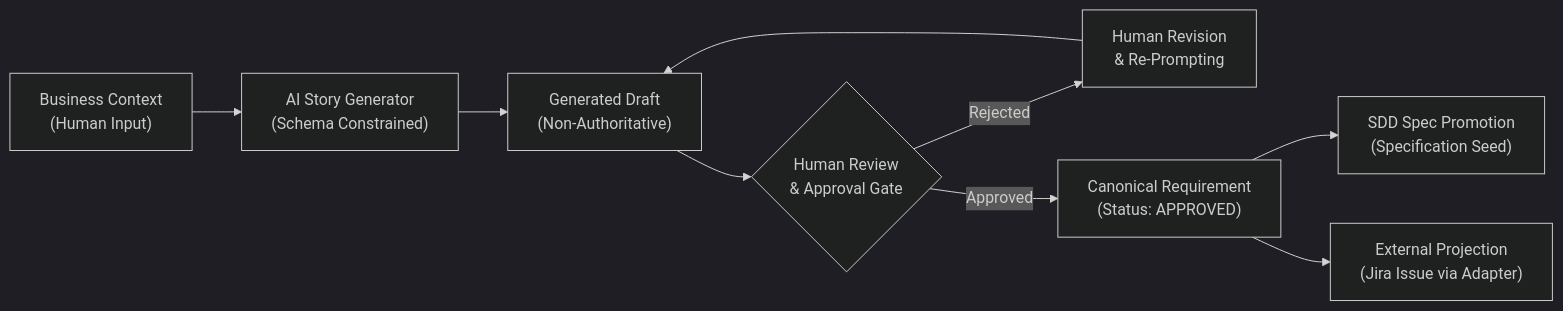
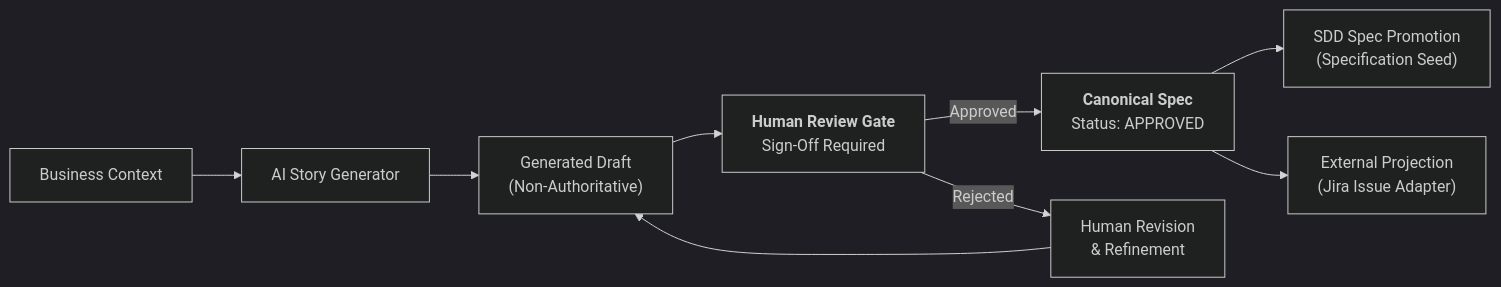
Before and after one commit to firmsoil/gain: the second of 3 diagrams in gainPresentation.qmd, drawn with Mermaid (dark theme). The commit also changed other lines of this file and 1 other file, not shown here.

Commit message:
Fix diagram text truncation and remove Confidential & Proprietary footer

````diff
--- a/gainPresentation.qmd
+++ b/gainPresentation.qmd
@@ -156,11 +156,11 @@
 ```{mermaid}
 flowchart LR
-    BC["Business Context<br/>(Human Input)"] --> LLM["AI Story Generator<br/>(Schema Constrained)"]
+    BC["Business Context"] --> LLM["AI Story Generator"]
     LLM --> Draft["Generated Draft<br/>(Non-Authoritative)"]
-    Draft --> Gate{"Human Review<br/>& Approval Gate"}
-    Gate -- Rejected --> Revision["Human Revision<br/>& Re-Prompting"]
+    Draft --> Gate["<b>Human Review Gate</b><br/>Sign-Off Required"]
+    Gate -- Approved --> Approved["<b>Canonical Spec</b><br/>Status: APPROVED"]
+    Gate -- Rejected --> Revision["Human Revision<br/>& Refinement"]
     Revision --> Draft
-    Gate -- Approved --> Approved["Canonical Requirement<br/>(Status: APPROVED)"]
     Approved --> SDD["SDD Spec Promotion<br/>(Specification Seed)"]
-    Approved --> Jira["External Projection<br/>(Jira Issue via Adapter)"]
+    Approved --> Jira["External Projection<br/>(Jira Issue Adapter)"]
 ```
````
